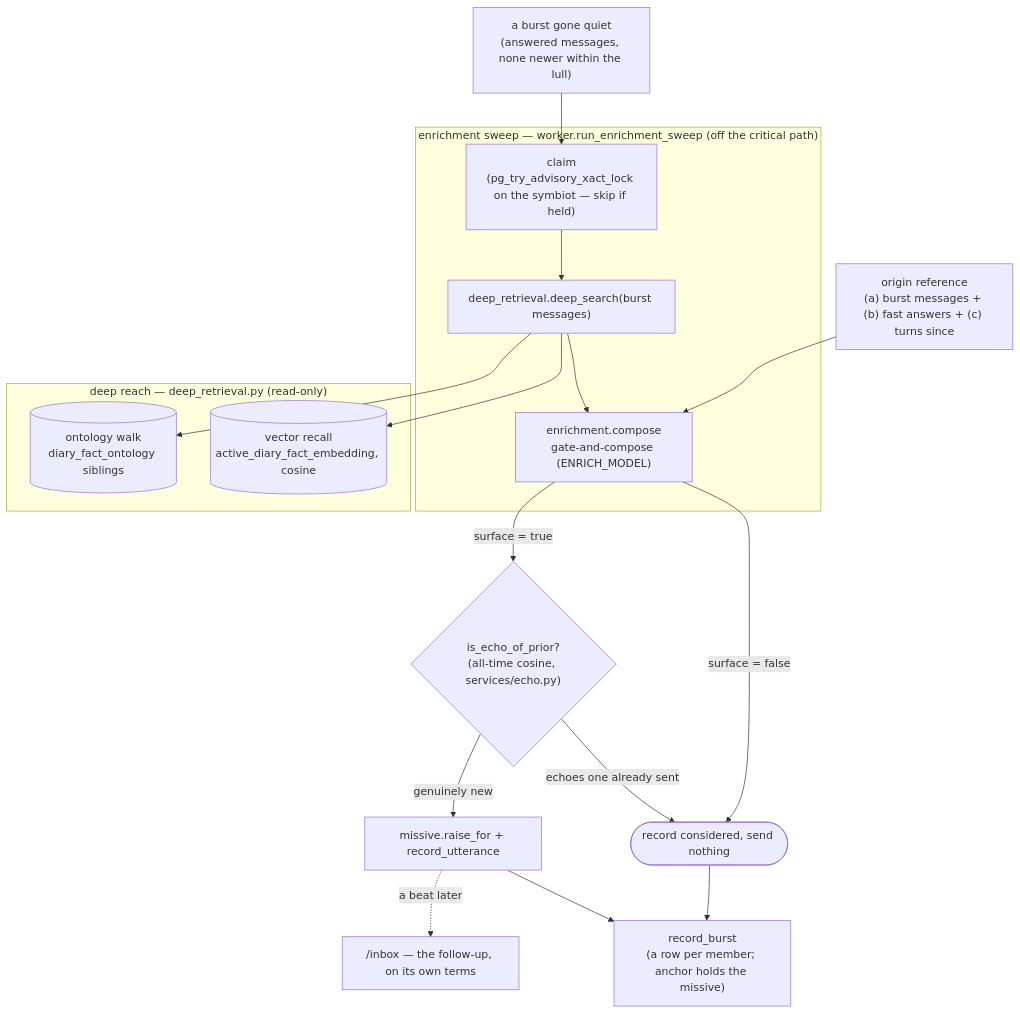
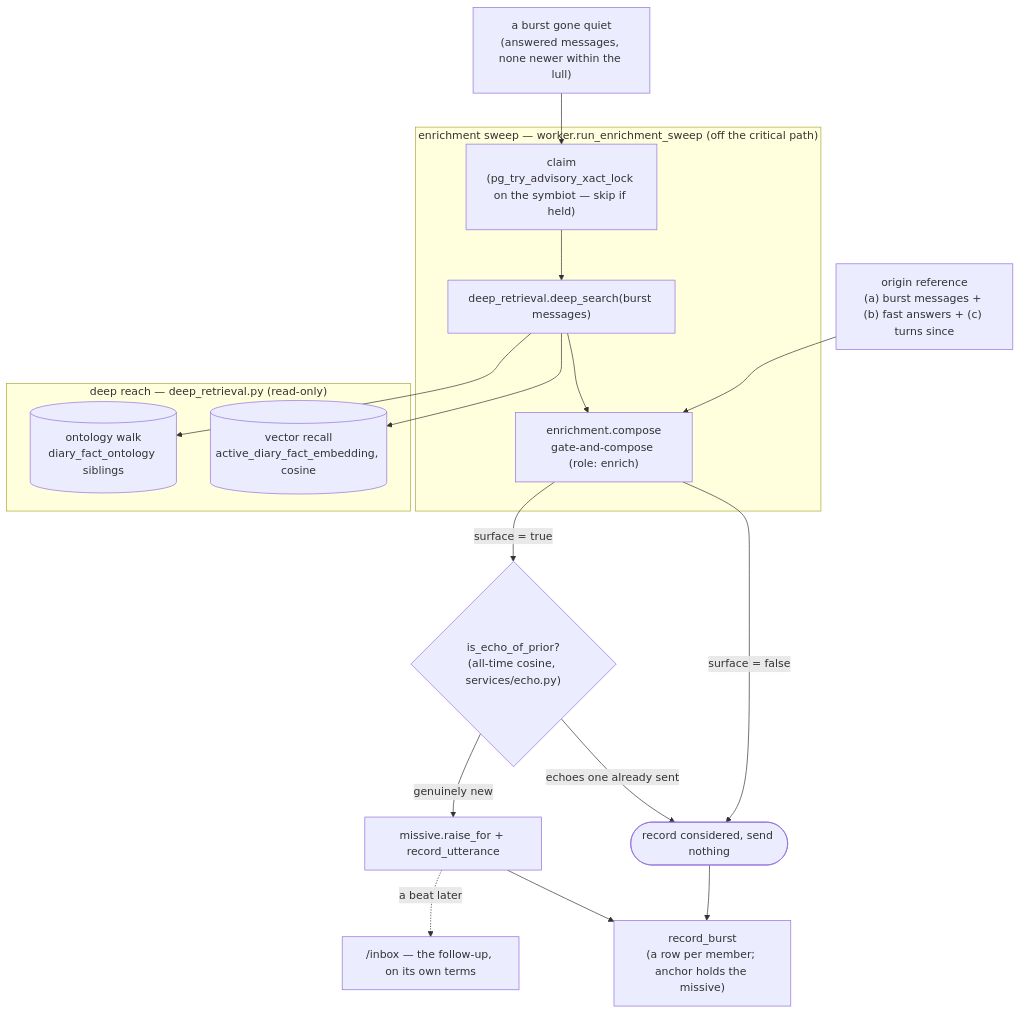
Before and after one commit to the-joy-com/kernel.os-joy.com: the fourth of 4 diagrams in doc/context-engineering.md, drawn with Mermaid. The commit also changed other lines of this file and 43 other files, not shown here.

````diff
--- a/doc/context-engineering.md
+++ b/doc/context-engineering.md
@@ -197,25 +197,25 @@
 ```mermaid
 flowchart TD
     settled["a burst gone quiet<br/>(answered messages, none newer within the lull)"] --> claim
 
     subgraph sweep["enrichment sweep — worker.run_enrichment_sweep (off the critical path)"]
         claim["claim<br/>(pg_try_advisory_xact_lock on the symbiot — skip if held)"] --> reach
         reach["deep_retrieval.deep_search(burst messages)"] --> gate
     end
 
     subgraph deep["deep reach — deep_retrieval.py (read-only)"]
         vec[("vector recall<br/>active_diary_fact_embedding, cosine")]
         walk[("ontology walk<br/>diary_fact_ontology siblings")]
     end
     reach --> vec
     reach --> walk
 
     origin["origin reference<br/>(a) burst messages + (b) fast answers + (c) turns since"] --> gate
-    gate["enrichment.compose<br/>gate-and-compose (ENRICH_MODEL)"] -->|"surface = false"| silent(["record considered, send nothing"])
+    gate["enrichment.compose<br/>gate-and-compose (role: enrich)"] -->|"surface = false"| silent(["record considered, send nothing"])
     gate -->|"surface = true"| echo{"is_echo_of_prior?<br/>(all-time cosine, services/echo.py)"}
     echo -->|"echoes one already sent"| silent
     echo -->|"genuinely new"| send["missive.raise_for + record_utterance"]
     send --> record["record_burst<br/>(a row per member; anchor holds the missive)"]
     silent --> record
     send -.->|"a beat later"| inbox["/inbox — the follow-up, on its own terms"]
 ```
````
